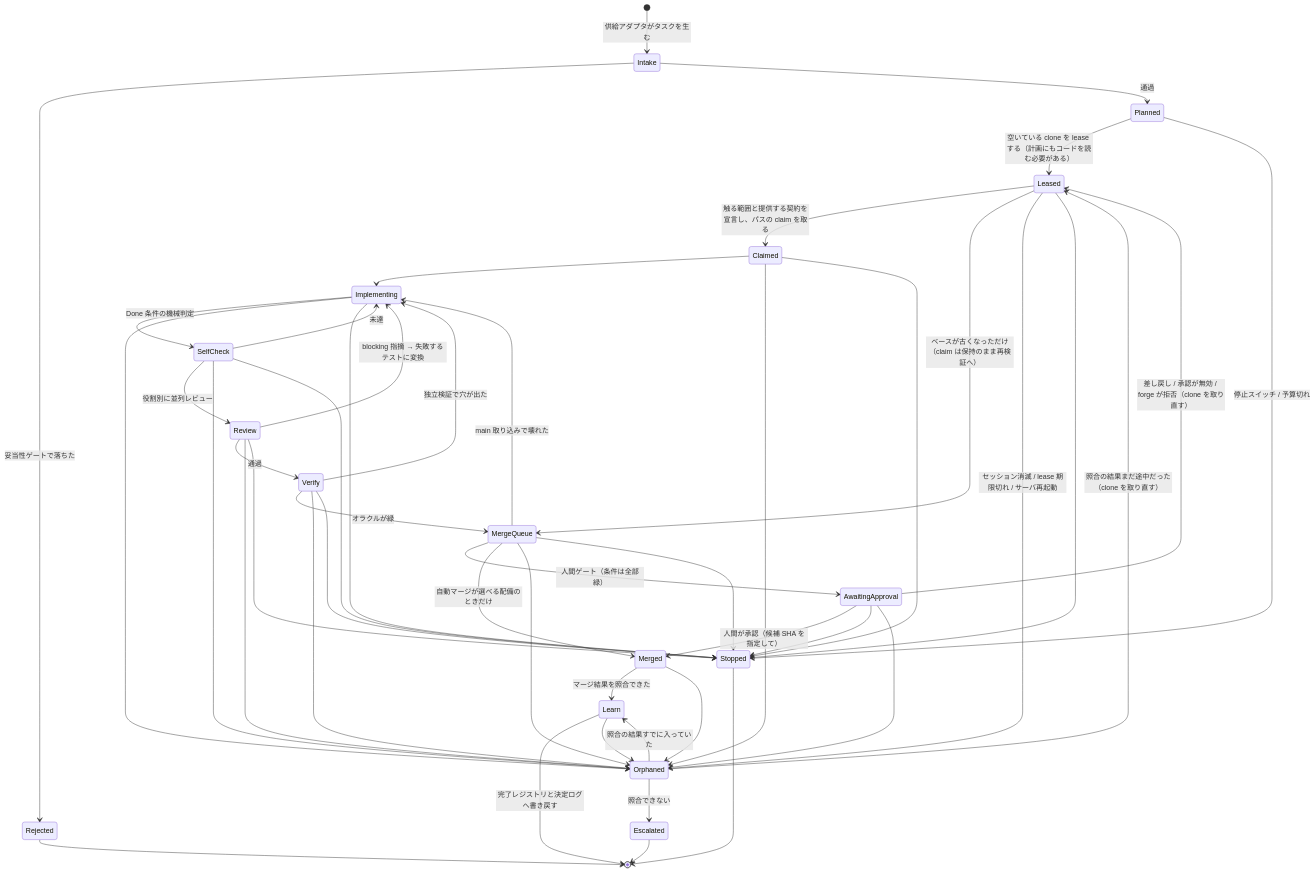
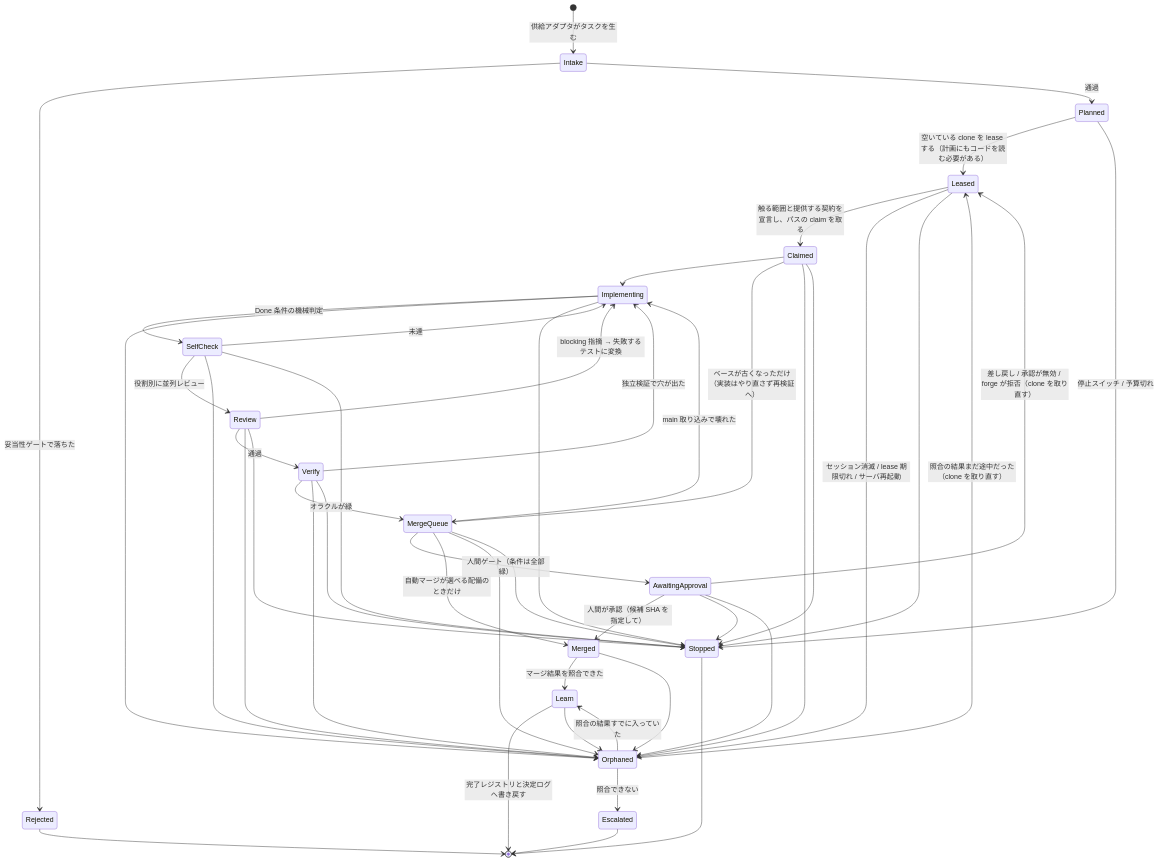
Before and after one commit to highfar-projects/mulmoterminal: the first of 2 diagrams in future/autonomous-delivery-pipeline.md, drawn with Mermaid. The commit also changed other lines of this file, not shown here.

First line of the commit message:
docs: address Codex review iter-2 — 設計図が塞いだ穴を復活させる指示になっていた

````diff
--- a/future/autonomous-delivery-pipeline.md
+++ b/future/autonomous-delivery-pipeline.md
@@ -30,50 +30,50 @@
 ```mermaid
 stateDiagram-v2
     [*] --> Intake: 供給アダプタがタスクを生む
     Intake --> Rejected: 妥当性ゲートで落ちた
     Intake --> Planned: 通過
     Planned --> Leased: 空いている clone を lease する（計画にもコードを読む必要がある）
     Leased --> Claimed: 触る範囲と提供する契約を宣言し、パスの claim を取る
     Claimed --> Implementing
-    Leased --> MergeQueue: ベースが古くなっただけ（claim は保持のまま再検証へ）
+    Claimed --> MergeQueue: ベースが古くなっただけ（実装はやり直さず再検証へ）
     Implementing --> SelfCheck: Done 条件の機械判定
     SelfCheck --> Implementing: 未達
     SelfCheck --> Review: 役割別に並列レビュー
     SelfCheck --> Orphaned
     SelfCheck --> Stopped
     Review --> Implementing: blocking 指摘 → 失敗するテストに変換
     Review --> Verify: 通過
     Verify --> Implementing: 独立検証で穴が出た
     Verify --> MergeQueue: オラクルが緑
     MergeQueue --> Implementing: main 取り込みで壊れた
     MergeQueue --> AwaitingApproval: 人間ゲート（条件は全部緑）
     AwaitingApproval --> Merged: 人間が承認（候補 SHA を指定して）
     AwaitingApproval --> Leased: 差し戻し / 承認が無効 / forge が拒否（clone を取り直す）
     MergeQueue --> Merged: 自動マージが選べる配備のときだけ
     Merged --> Learn: マージ結果を照合できた
     Learn --> [*]: 完了レジストリと決定ログへ書き戻す
     Rejected --> [*]
 
     Leased --> Orphaned: セッション消滅 / lease 期限切れ / サーバ再起動
     Claimed --> Orphaned
     Implementing --> Orphaned
     Review --> Orphaned
     Verify --> Orphaned
     MergeQueue --> Orphaned
     Merged --> Orphaned
     Learn --> Orphaned
     Orphaned --> Leased: 照合の結果まだ途中だった（clone を取り直す）
     Orphaned --> Learn: 照合の結果すでに入っていた
     Orphaned --> Escalated: 照合できない
     Planned --> Stopped: 停止スイッチ / 予算切れ
     Leased --> Stopped
     Claimed --> Stopped
     Implementing --> Stopped
     Review --> Stopped
     Verify --> Stopped
     MergeQueue --> Stopped
     AwaitingApproval --> Stopped
     AwaitingApproval --> Orphaned
     Escalated --> [*]
     Stopped --> [*]
 ```
````
